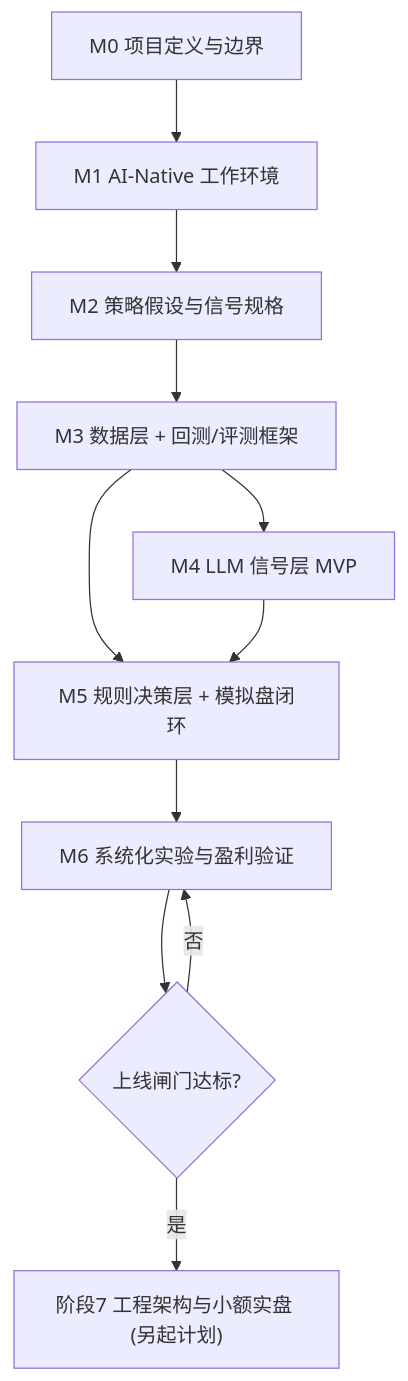
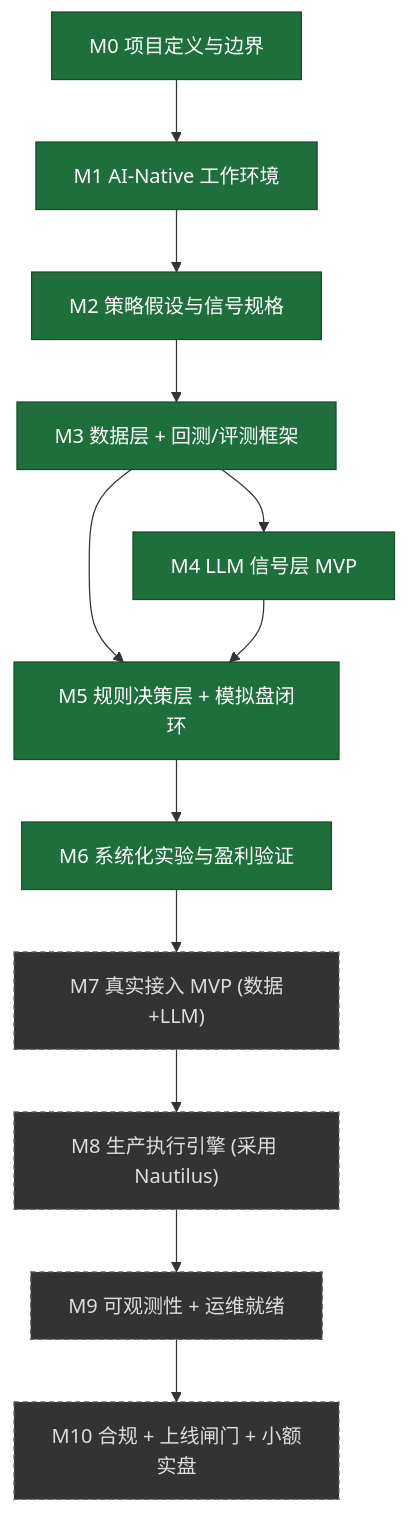
One commit to AndyUneducated/agentic-trading changed the first of 3 diagrams in docs/MILESTONES.md. Above: the diagram before and after it, drawn with Mermaid. The commit also changed other lines of this file and 9 other files, not shown here.

````diff
--- a/docs/MILESTONES.md
+++ b/docs/MILESTONES.md
@@ -16,13 +16,18 @@
 ```mermaid
 flowchart TD
   M0["M0 项目定义与边界"] --> M1["M1 AI-Native 工作环境"]
   M1 --> M2["M2 策略假设与信号规格"]
   M2 --> M3["M3 数据层 + 回测/评测框架"]
   M3 --> M4["M4 LLM 信号层 MVP"]
   M3 --> M5["M5 规则决策层 + 模拟盘闭环"]
   M4 --> M5
   M5 --> M6["M6 系统化实验与盈利验证"]
-  M6 --> Gate{"上线闸门达标?"}
-  Gate -->|否| M6
-  Gate -->|是| P7["阶段7 工程架构与小额实盘 (另起计划)"]
+  M6 --> M7["M7 真实接入 MVP (数据+LLM)"]
+  M7 --> M8["M8 生产执行引擎 (采用 Nautilus)"]
+  M8 --> M9["M9 可观测性 + 运维就绪"]
+  M9 --> M10["M10 合规 + 上线闸门 + 小额实盘"]
+  classDef done fill:#1f6f3d,color:#fff,stroke:#134d29;
+  classDef todo fill:#333,color:#ddd,stroke:#666,stroke-dasharray:4 3;
+  class M0,M1,M2,M3,M4,M5,M6 done;
+  class M7,M8,M9,M10 todo;
 ```
````
